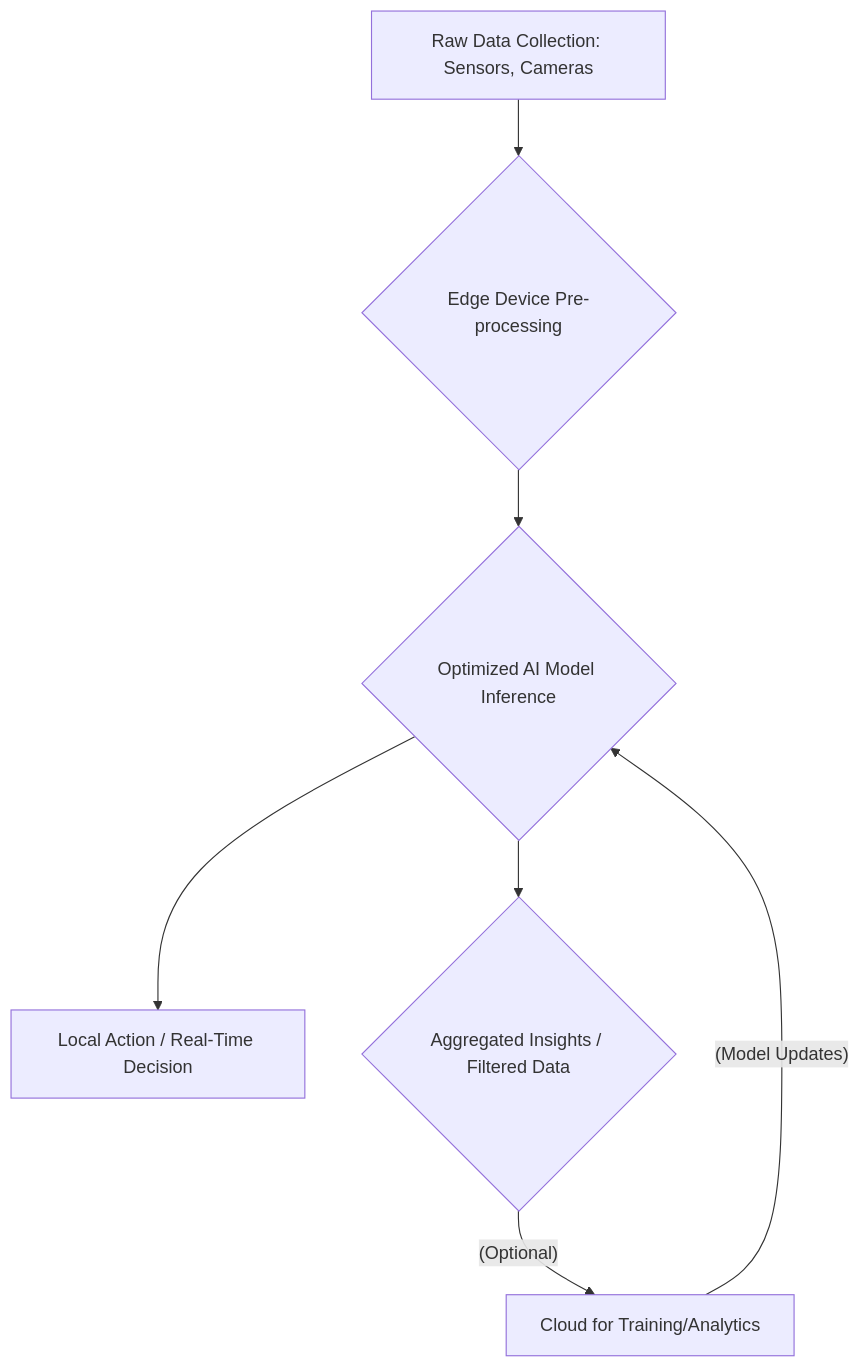
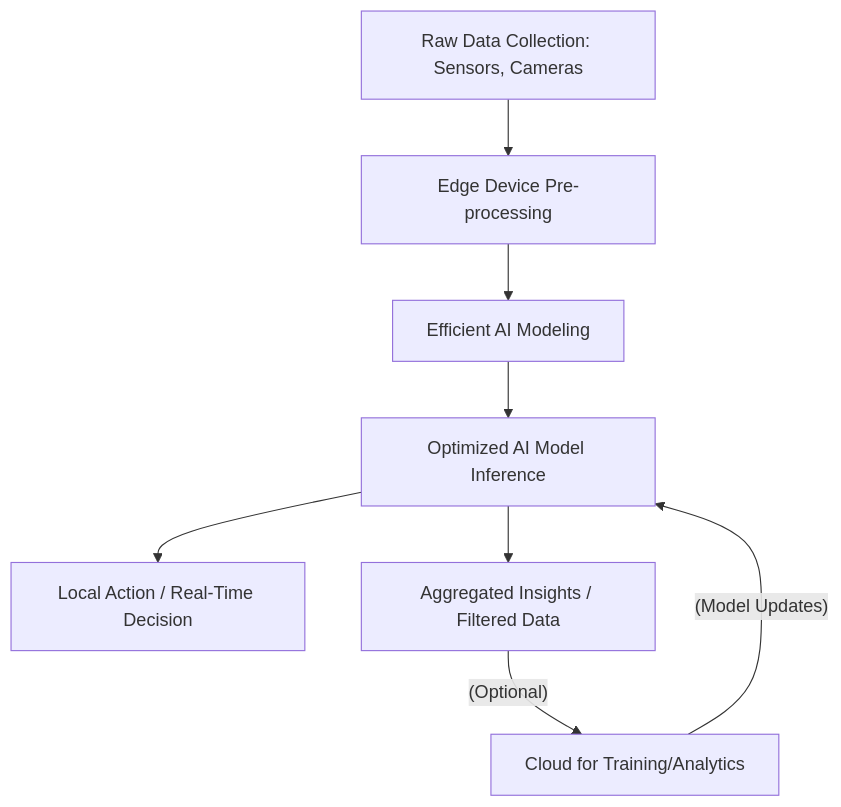
One commit to afondiel/edge-ai-engineering changed the first of 4 diagrams in README.md. Above: the diagram before and after it, drawn with Mermaid.

````diff
--- a/README.md
+++ b/README.md
@@ -99,9 +99,10 @@
 ```mermaid
 graph TD
-    A[Raw Data Collection: Sensors, Cameras] --> B{Edge Device Pre-processing};
-    B --> C{Optimized AI Model Inference};
+    A[Raw Data Collection: Sensors, Cameras] --> B[Edge Device Pre-processing]
+    B --> B1[Efficient AI Modeling];
+    B1 --> C[Optimized AI Model Inference];
     C --> D[Local Action / Real-Time Decision];
-    C --> E{Aggregated Insights / Filtered Data};
+    C --> E[Aggregated Insights / Filtered Data];
     E --(Optional)--> F[Cloud for Training/Analytics];
     F --(Model Updates)--> C;
 ```
````
